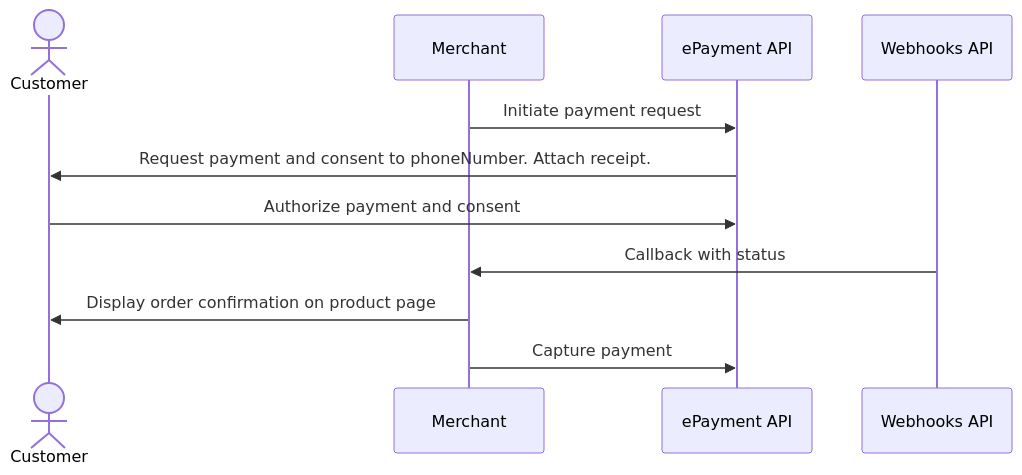
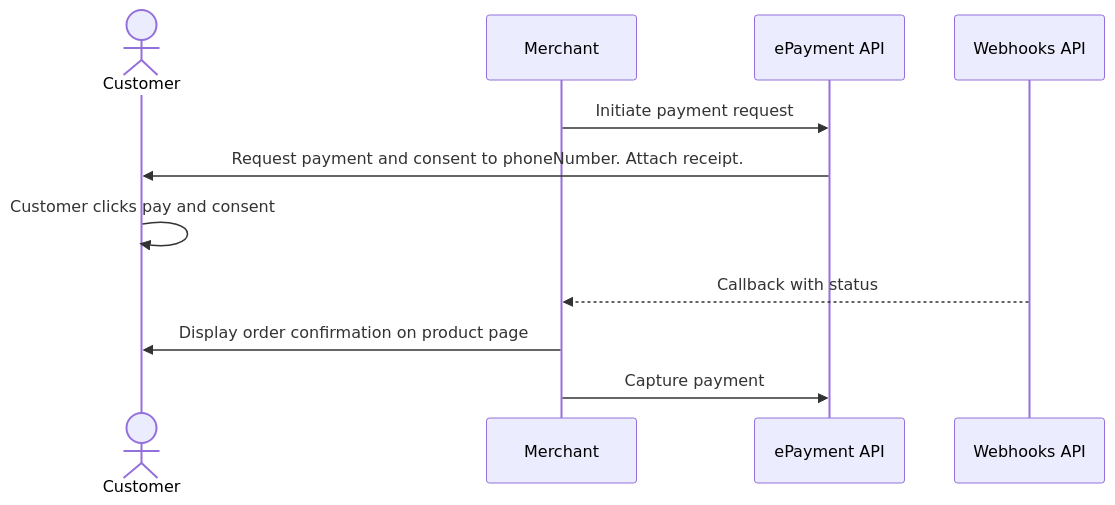
Before and after one commit to vippsas/vipps-solutions: the diagram in invoice-through-epayments/payment-with-share-phone-number.md, drawn with Mermaid. The commit also changed 17 other files, not shown here.

Commit message:
Updates for customer approving and consenting in sequence diagrams

````diff
--- a/invoice-through-epayments/payment-with-share-phone-number.md
+++ b/invoice-through-epayments/payment-with-share-phone-number.md
@@ -175,14 +175,14 @@
 ``` mermaid
 sequenceDiagram
     actor C as Customer
     participant M as Merchant
     participant ePayment as ePayment API
     participant Webhooks as Webhooks API
     
     M->>ePayment: Initiate payment request
     ePayment->>C: Request payment and consent to phoneNumber. Attach receipt.
-    C->>ePayment: Authorize payment and consent
-    Webhooks->>M: Callback with status
+    C->>C: Customer clicks pay and consent
+    Webhooks-->>M: Callback with status
     M->>C: Display order confirmation on product page
     M->>ePayment: Capture payment
 ```
````
